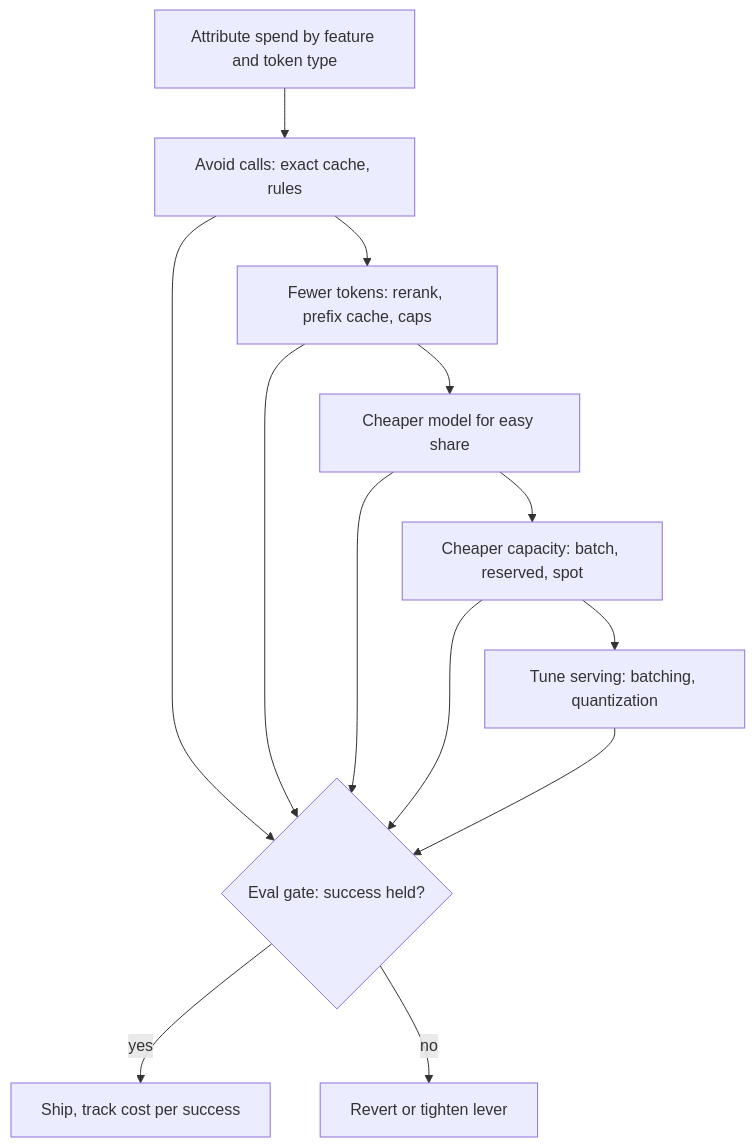
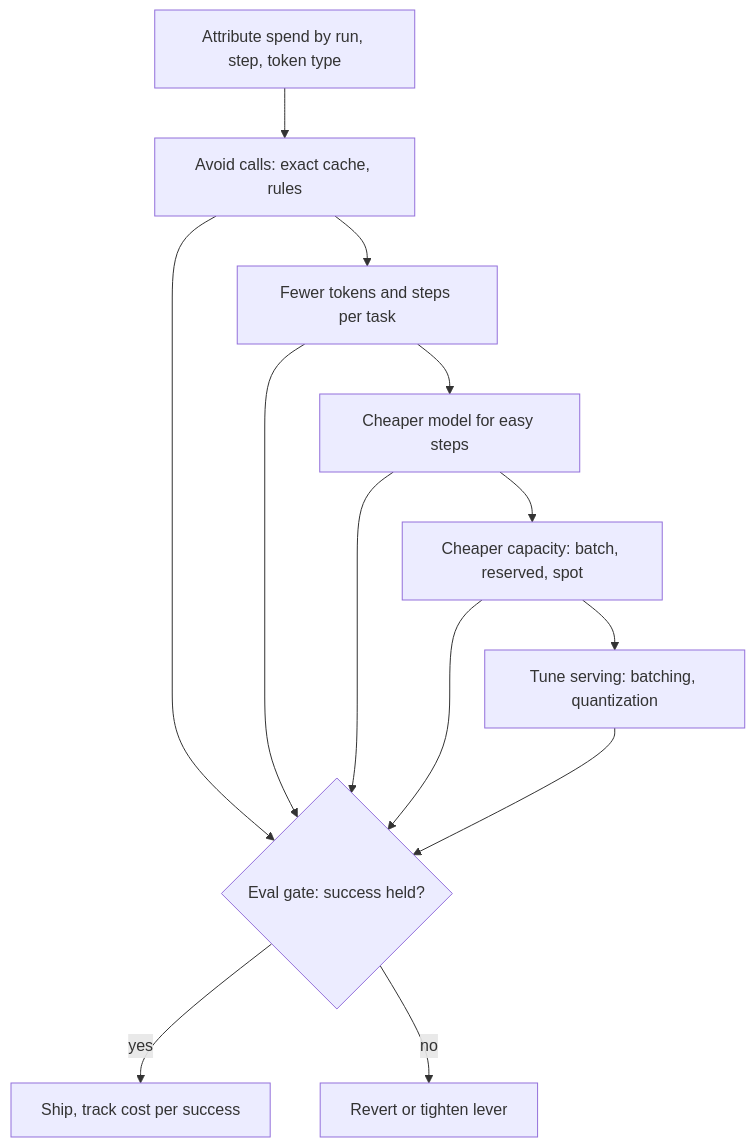
The diagram in content/infra-capacity-economics/cost-optimization.md (lovishmahajan97/agentic-learning), drawn with Mermaid before and after one commit. The commit also changed other lines of this file and 485 other files, not shown here.

````diff
--- a/content/infra-capacity-economics/cost-optimization.md
+++ b/content/infra-capacity-economics/cost-optimization.md
@@ -104,15 +122,15 @@
 ```mermaid
 flowchart TD
-    A["Attribute spend by feature and token type"] --> B["Avoid calls: exact cache, rules"]
-    B --> C["Fewer tokens: rerank, prefix cache, caps"]
-    C --> D["Cheaper model for easy share"]
+    A["Attribute spend by run, step, token type"] --> B["Avoid calls: exact cache, rules"]
+    B --> C["Fewer tokens and steps per task"]
+    C --> D["Cheaper model for easy steps"]
     D --> E["Cheaper capacity: batch, reserved, spot"]
     E --> F["Tune serving: batching, quantization"]
     B --> G{"Eval gate: success held?"}
     C --> G
     D --> G
     E --> G
     F --> G
     G -->|"yes"| H["Ship, track cost per success"]
     G -->|"no"| I["Revert or tighten lever"]
 ```
````
